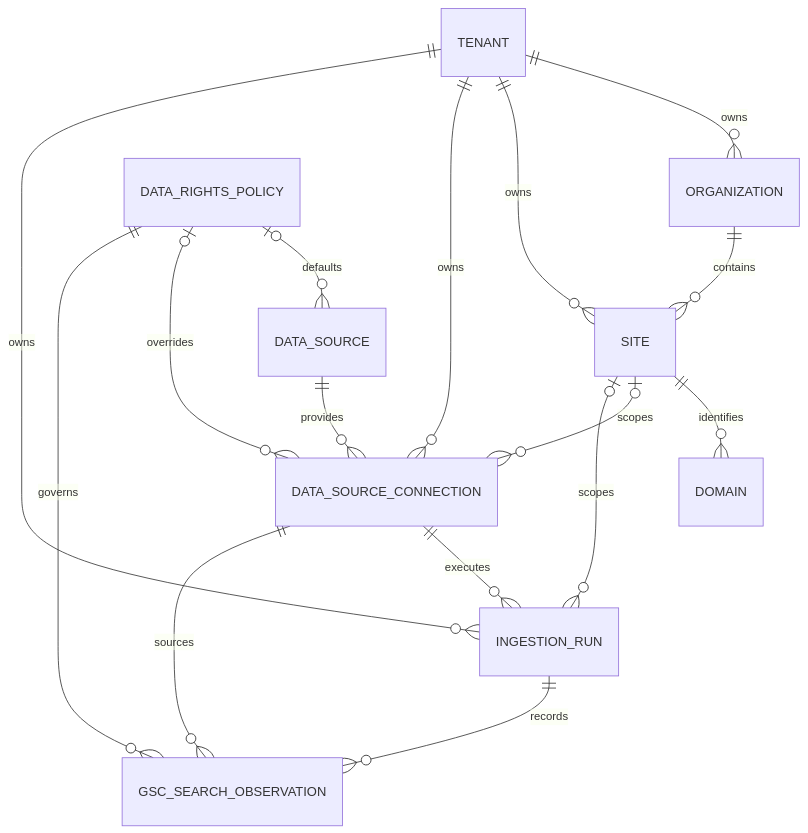
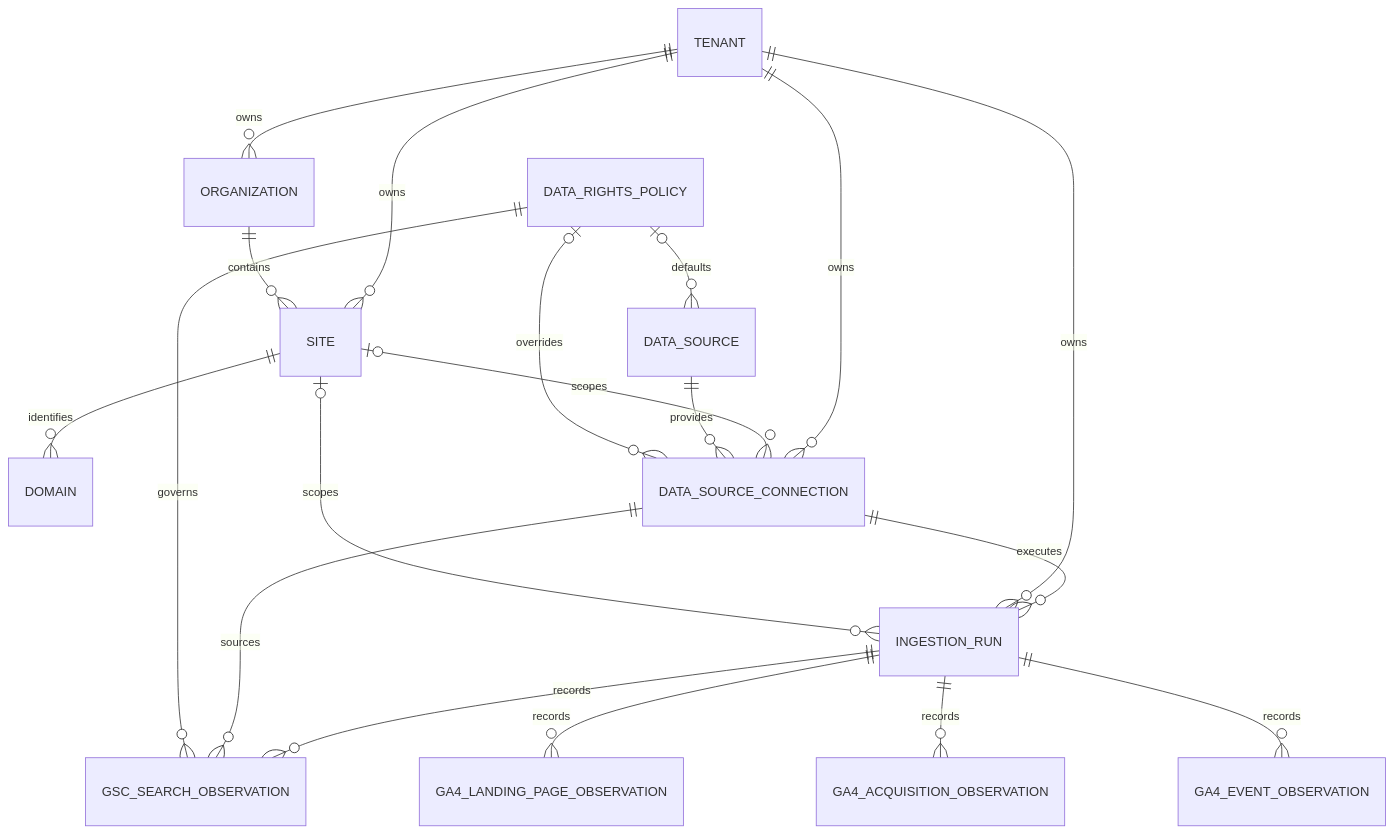
The diagram in docs/gis/data-model.md (plindsey0/GIS), drawn with Mermaid before and after one commit. The commit also changed other lines of this file and 16 other files, not shown here.

````diff
--- a/docs/gis/data-model.md
+++ b/docs/gis/data-model.md
@@ -3,18 +3,21 @@
 ```mermaid
 erDiagram
     TENANT ||--o{ ORGANIZATION : owns
     TENANT ||--o{ SITE : owns
     ORGANIZATION ||--o{ SITE : contains
     SITE ||--o{ DOMAIN : identifies
     TENANT ||--o{ DATA_SOURCE_CONNECTION : owns
     SITE o|--o{ DATA_SOURCE_CONNECTION : scopes
     DATA_SOURCE ||--o{ DATA_SOURCE_CONNECTION : provides
     DATA_RIGHTS_POLICY o|--o{ DATA_SOURCE : defaults
     DATA_RIGHTS_POLICY o|--o{ DATA_SOURCE_CONNECTION : overrides
     DATA_SOURCE_CONNECTION ||--o{ INGESTION_RUN : executes
     TENANT ||--o{ INGESTION_RUN : owns
     SITE o|--o{ INGESTION_RUN : scopes
     INGESTION_RUN ||--o{ GSC_SEARCH_OBSERVATION : records
     DATA_SOURCE_CONNECTION ||--o{ GSC_SEARCH_OBSERVATION : sources
     DATA_RIGHTS_POLICY ||--o{ GSC_SEARCH_OBSERVATION : governs
+    INGESTION_RUN ||--o{ GA4_LANDING_PAGE_OBSERVATION : records
+    INGESTION_RUN ||--o{ GA4_ACQUISITION_OBSERVATION : records
+    INGESTION_RUN ||--o{ GA4_EVENT_OBSERVATION : records
 ```
````
